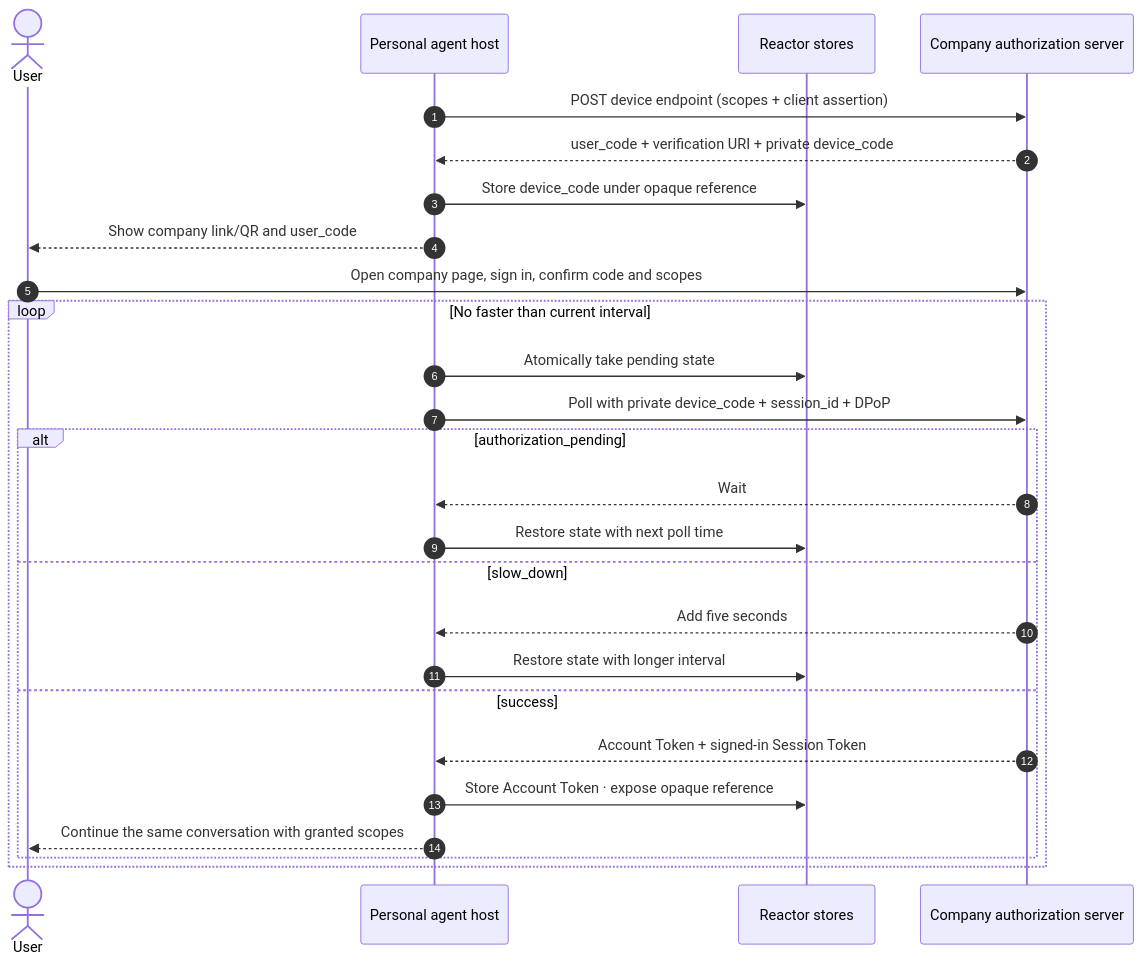
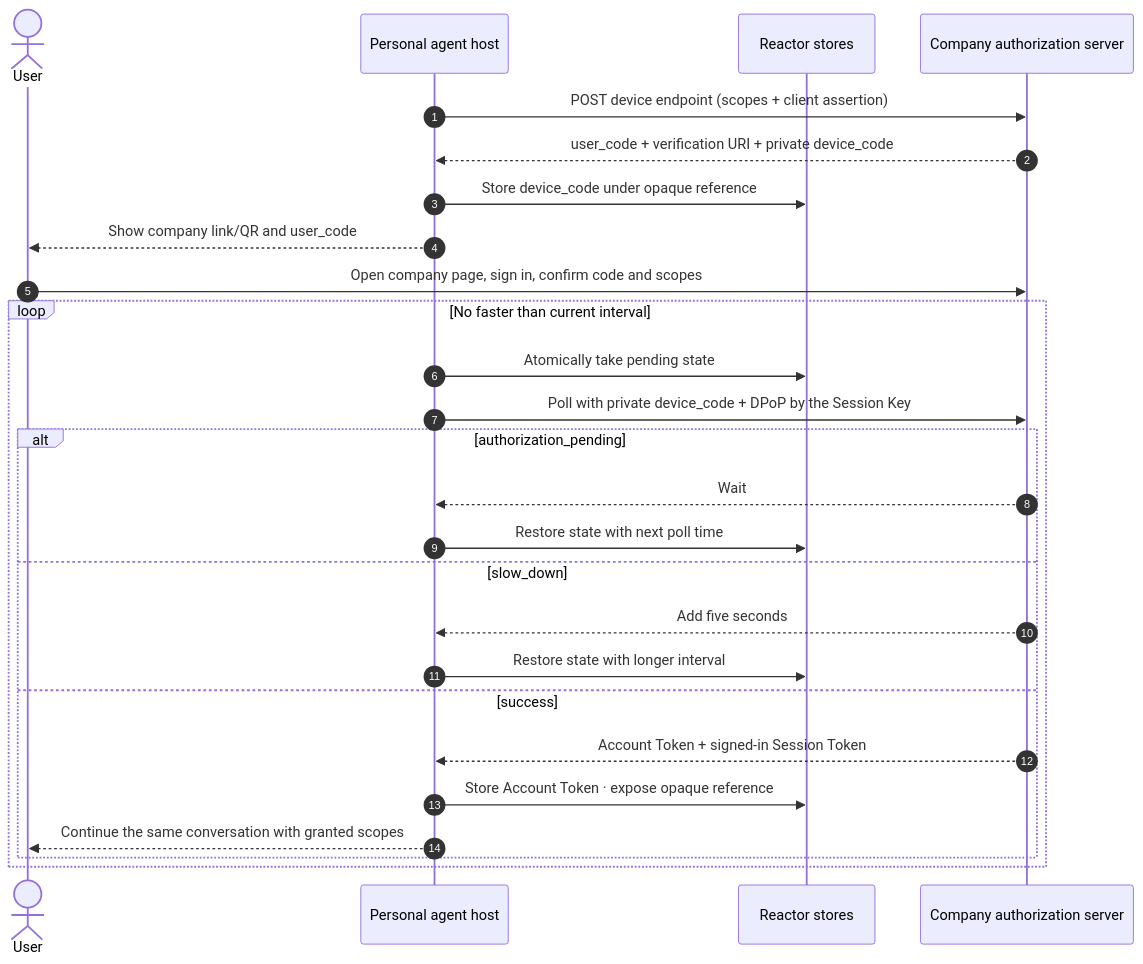
One commit to datalayer/personal-agent-protocol changed the diagram in docs/docs/guides/device-sign-in.mdx. Above: the diagram before and after it, drawn with Mermaid. The commit also changed other lines of this file and 95 other files, not shown here.

````diff
--- a/docs/docs/guides/device-sign-in.mdx
+++ b/docs/docs/guides/device-sign-in.mdx
@@ -16,28 +27,28 @@
 ```mermaid
 sequenceDiagram
   autonumber
   actor U as User
   participant A as Personal agent host
   participant R as Reactor stores
   participant C as Company authorization server
   A->>C: POST device endpoint (scopes + client assertion)
   C-->>A: user_code + verification URI + private device_code
   A->>R: Store device_code under opaque reference
   A-->>U: Show company link/QR and user_code
   U->>C: Open company page, sign in, confirm code and scopes
   loop No faster than current interval
     A->>R: Atomically take pending state
-    A->>C: Poll with private device_code + session_id + DPoP
+    A->>C: Poll with private device_code + DPoP by the Session Key
     alt authorization_pending
       C-->>A: Wait
       A->>R: Restore state with next poll time
     else slow_down
       C-->>A: Add five seconds
       A->>R: Restore state with longer interval
     else success
       C-->>A: Account Token + signed-in Session Token
       A->>R: Store Account Token · expose opaque reference
       A-->>U: Continue the same conversation with granted scopes
     end
   end
 ```
````
